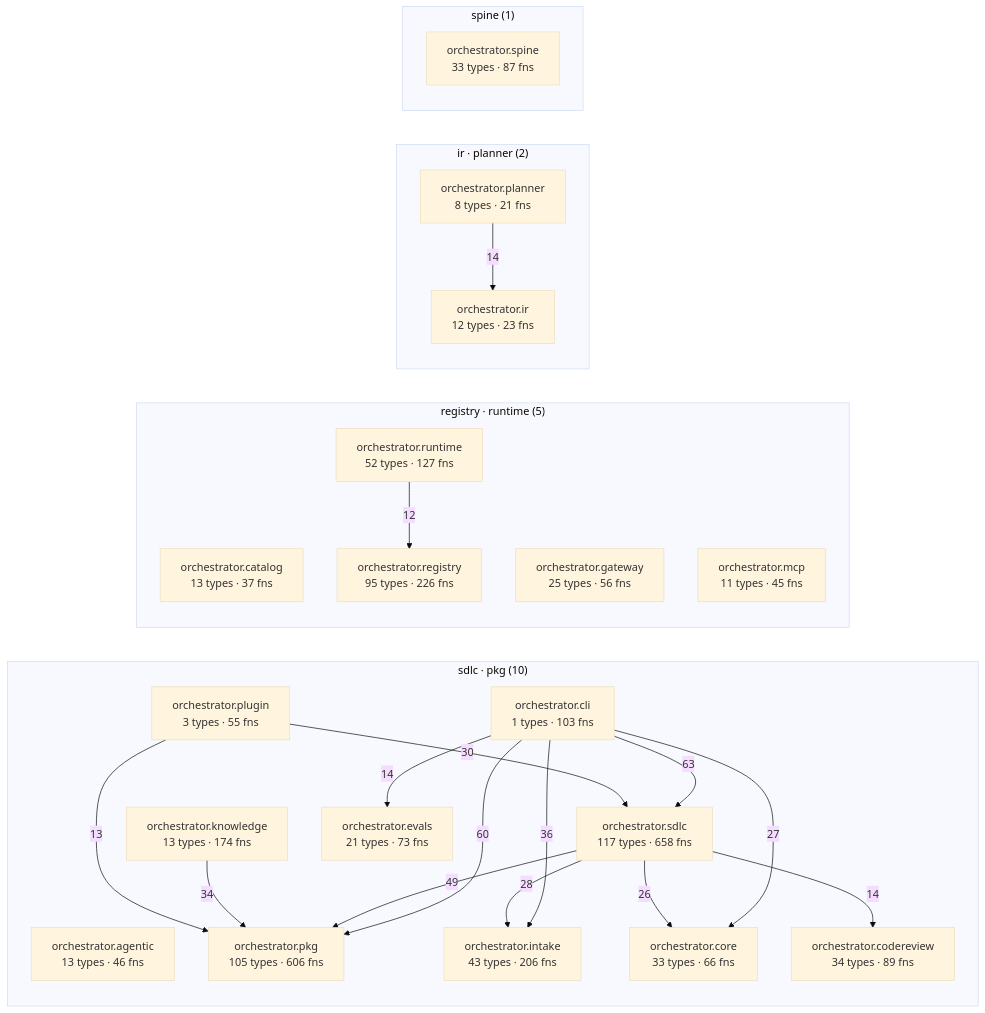
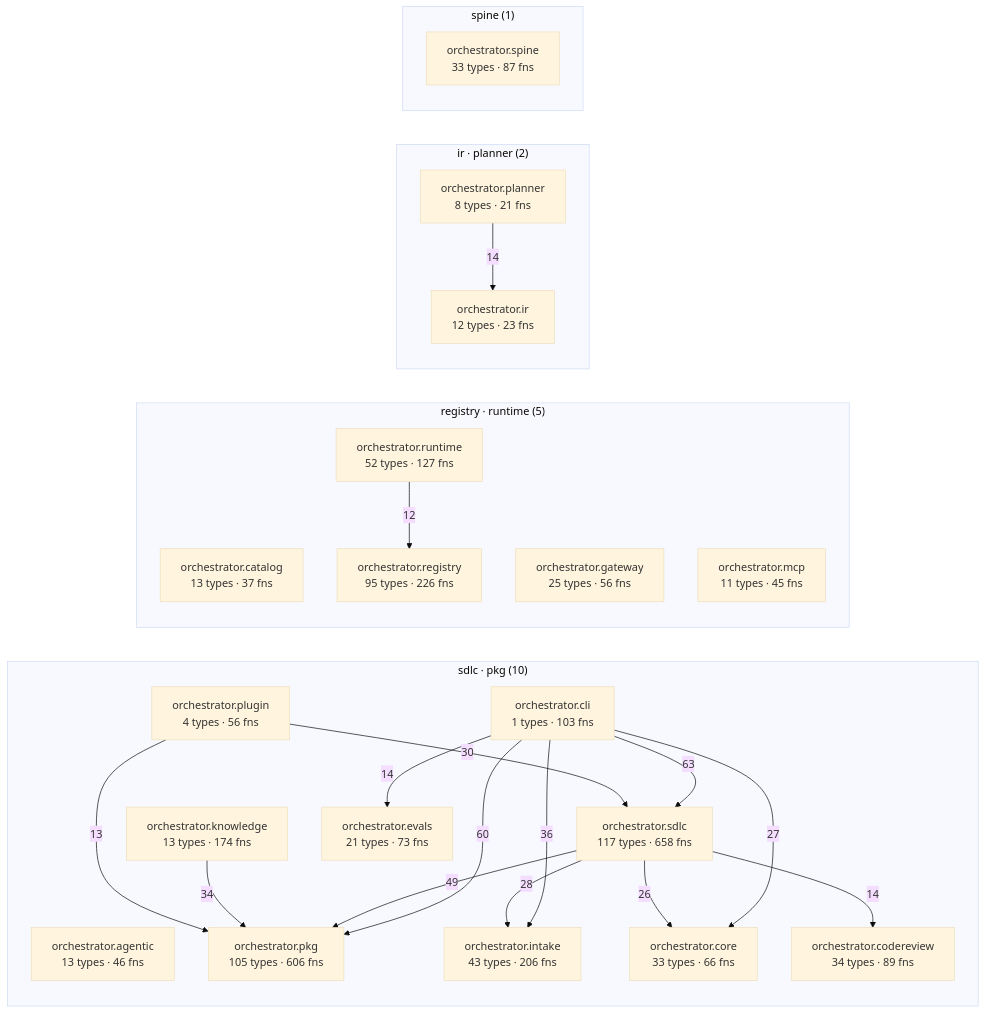
The diagram in episteme/architecture.md (synaptixs/spine), drawn with Mermaid (base theme) before and after one commit. The commit also changed other lines of this file and 18 other files, not shown here.

````diff
--- a/episteme/architecture.md
+++ b/episteme/architecture.md
@@ -54,43 +54,43 @@
 ```mermaid
 flowchart LR
   subgraph c_2["sdlc · pkg (10)"]
     aorchestratoragentic["orchestrator.agentic<br/>13 types · 46 fns"]
     aorchestratorcli["orchestrator.cli<br/>1 types · 103 fns"]
     aorchestratorcodereview["orchestrator.codereview<br/>34 types · 89 fns"]
     aorchestratorcore["orchestrator.core<br/>33 types · 66 fns"]
     aorchestratorevals["orchestrator.evals<br/>21 types · 73 fns"]
     aorchestratorintake["orchestrator.intake<br/>43 types · 206 fns"]
     aorchestratorknowledge["orchestrator.knowledge<br/>13 types · 174 fns"]
     aorchestratorpkg["orchestrator.pkg<br/>105 types · 606 fns"]
-    aorchestratorplugin["orchestrator.plugin<br/>3 types · 55 fns"]
+    aorchestratorplugin["orchestrator.plugin<br/>4 types · 56 fns"]
     aorchestratorsdlc["orchestrator.sdlc<br/>117 types · 658 fns"]
   end
   subgraph c_4["registry · runtime (5)"]
     aorchestratorcatalog["orchestrator.catalog<br/>13 types · 37 fns"]
     aorchestratorgateway["orchestrator.gateway<br/>25 types · 56 fns"]
     aorchestratormcp["orchestrator.mcp<br/>11 types · 45 fns"]
     aorchestratorregistry["orchestrator.registry<br/>95 types · 226 fns"]
     aorchestratorruntime["orchestrator.runtime<br/>52 types · 127 fns"]
   end
-  subgraph c_7["ir · planner (2)"]
+  subgraph c_6["ir · planner (2)"]
     aorchestratorir["orchestrator.ir<br/>12 types · 23 fns"]
     aorchestratorplanner["orchestrator.planner<br/>8 types · 21 fns"]
   end
-  subgraph c_10["spine (1)"]
+  subgraph c_9["spine (1)"]
     aorchestratorspine["orchestrator.spine<br/>33 types · 87 fns"]
   end
   aorchestratorcli -->|63| aorchestratorsdlc
   aorchestratorcli -->|60| aorchestratorpkg
   aorchestratorsdlc -->|49| aorchestratorpkg
   aorchestratorcli -->|36| aorchestratorintake
   aorchestratorknowledge -->|34| aorchestratorpkg
   aorchestratorplugin -->|30| aorchestratorsdlc
   aorchestratorsdlc -->|28| aorchestratorintake
   aorchestratorcli -->|27| aorchestratorcore
   aorchestratorsdlc -->|26| aorchestratorcore
   aorchestratorcli -->|14| aorchestratorevals
   aorchestratorplanner -->|14| aorchestratorir
   aorchestratorsdlc -->|14| aorchestratorcodereview
   aorchestratorplugin -->|13| aorchestratorpkg
   aorchestratorruntime -->|12| aorchestratorregistry
 ```
````
